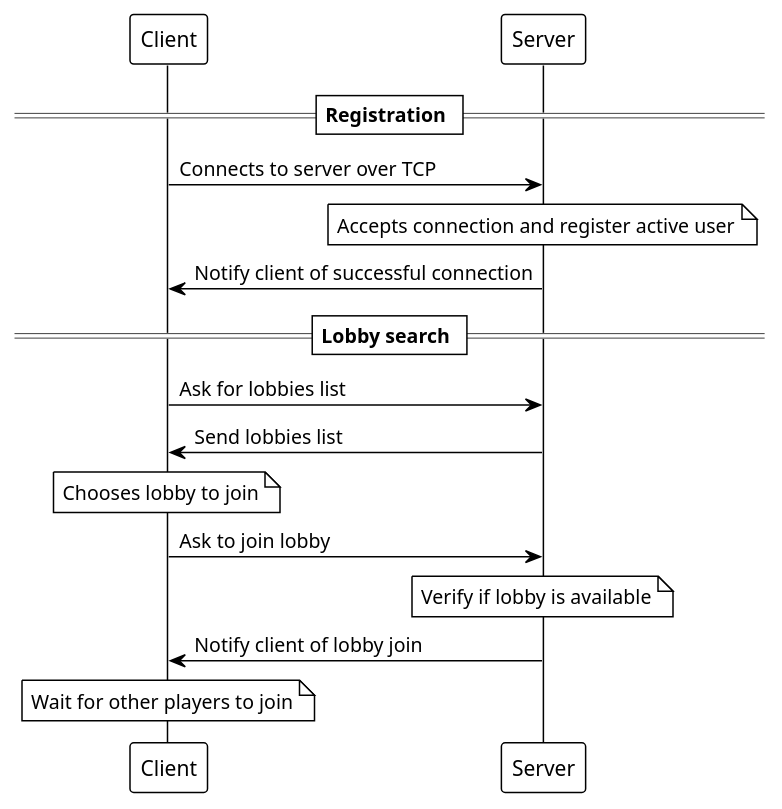
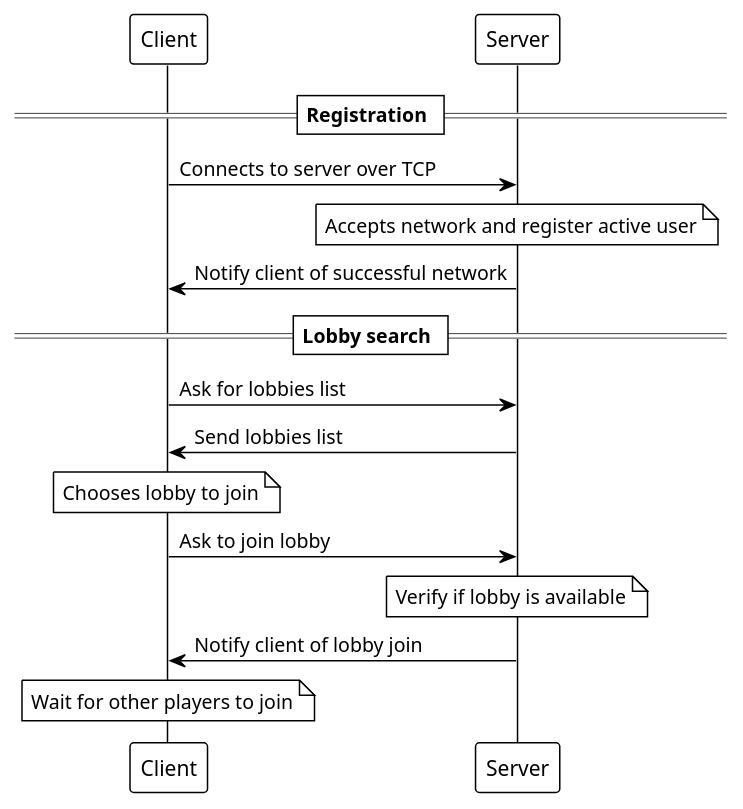
The diagram in deliverables/join.plantuml (MarcoMeinardi/ing-sw-2023-Maltagliati-Manfredonia-Meinardi-Merlino), drawn with PlantUML before and after one commit. The commit also changed 11 other files, not shown here.

Commit message:
Reworked class client and added login diagram

```diff
--- a/deliverables/join.plantuml
+++ b/deliverables/join.plantuml
@@ -1,22 +1,22 @@
 @startuml
 !theme plain
 participant "Client" as C
 participant "Server" as S
 
 == Registration ==
 
 C -> S: Connects to server over TCP
-note over S: Accepts connection and register active user
-S -> C: Notify client of successful connection
+note over S: Accepts network and register active user
+S -> C: Notify client of successful network
 
 == Lobby search ==
 
 C -> S: Ask for lobbies list
 S -> C: Send lobbies list
 note over C: Chooses lobby to join
 C -> S: Ask to join lobby
 note over S: Verify if lobby is available
 S -> C: Notify client of lobby join
 note over C: Wait for other players to join
 
 @enduml
```
